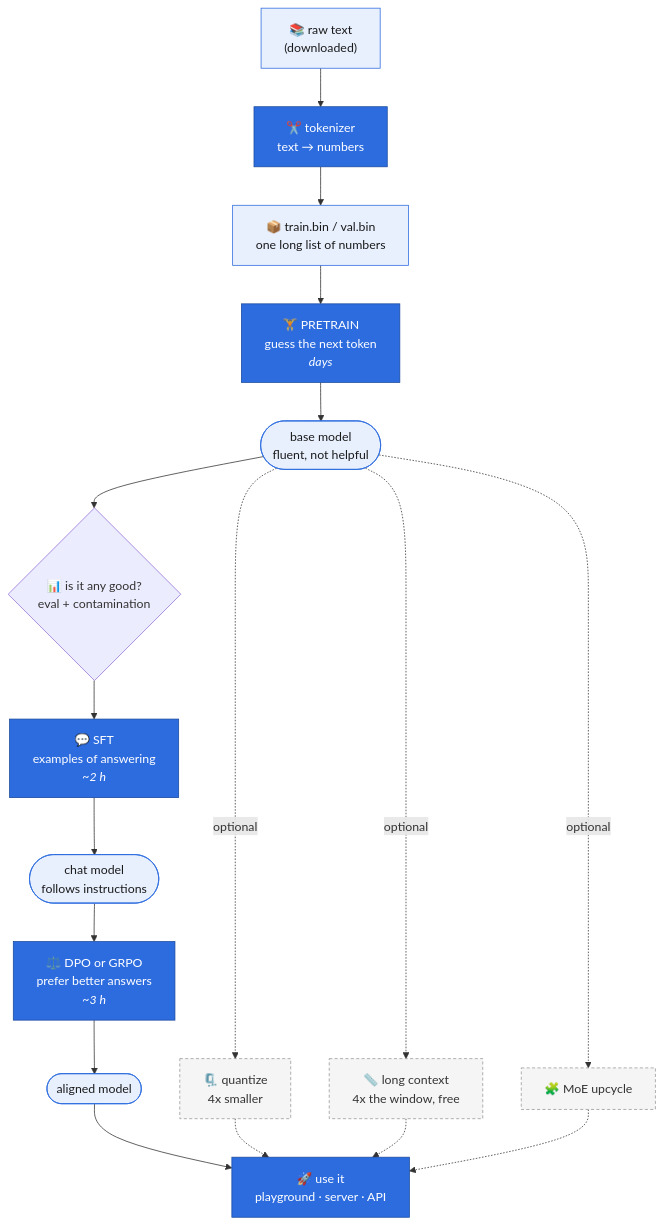
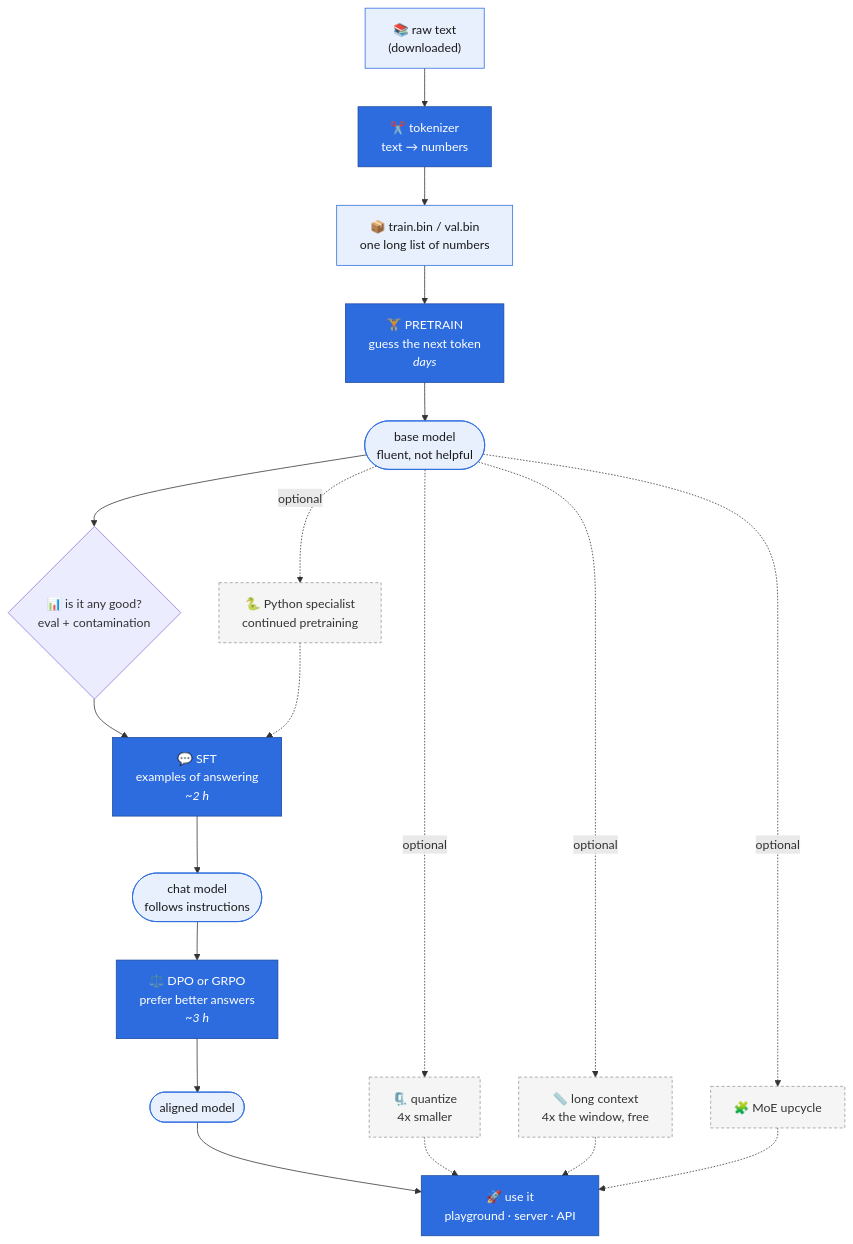
One commit to kunwarmahen/aksharallm changed the first of 7 diagrams in docs/01-journeys.md. Above: the diagram before and after it, drawn with Mermaid. The commit also changed other lines of this file and 12 other files, not shown here.

````diff
--- a/docs/01-journeys.md
+++ b/docs/01-journeys.md
@@ -21,29 +21,31 @@
 ```mermaid
 flowchart TD
     RAW["📚 raw text<br/>(downloaded)"] --> TOK["✂️ tokenizer<br/>text → numbers"]
     TOK --> BIN["📦 train.bin / val.bin<br/>one long list of numbers"]
     BIN --> PRE["🏋️ PRETRAIN<br/>guess the next token<br/><i>days</i>"]
     PRE --> BASE(["base model<br/>fluent, not helpful"])
 
     BASE --> EVAL{"📊 is it any good?<br/>eval + contamination"}
     EVAL --> SFT["💬 SFT<br/>examples of answering<br/><i>~2 h</i>"]
     SFT --> CHAT(["chat model<br/>follows instructions"])
     CHAT --> ALIGN["⚖️ DPO or GRPO<br/>prefer better answers<br/><i>~3 h</i>"]
     ALIGN --> FINAL(["aligned model"])
 
     FINAL --> USE["🚀 use it<br/>playground · server · API"]
 
     BASE -.optional.-> SMALL["🗜️ quantize<br/>4x smaller"]
     BASE -.optional.-> LONG["📏 long context<br/>4x the window, free"]
     BASE -.optional.-> MOE["🧩 MoE upcycle"]
+    BASE -.optional.-> PYS["🐍 Python specialist<br/>continued pretraining"]
     SMALL -.-> USE
     LONG -.-> USE
     MOE -.-> USE
+    PYS -.-> SFT
 
     classDef stage fill:#2d6cdf,stroke:#1a4a9e,color:#fff
     classDef art fill:#e8f0fe,stroke:#2d6cdf,color:#1a1a1a
     classDef side fill:#f5f5f5,stroke:#999,color:#333,stroke-dasharray: 4 3
     class PRE,SFT,ALIGN,TOK,USE stage
     class BASE,CHAT,FINAL,RAW,BIN art
-    class SMALL,LONG,MOE side
+    class SMALL,LONG,MOE,PYS side
 ```
````
